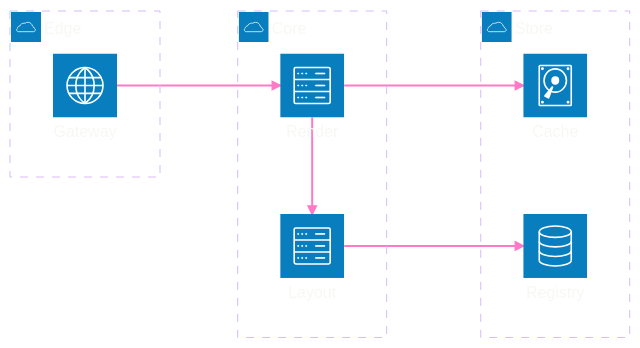
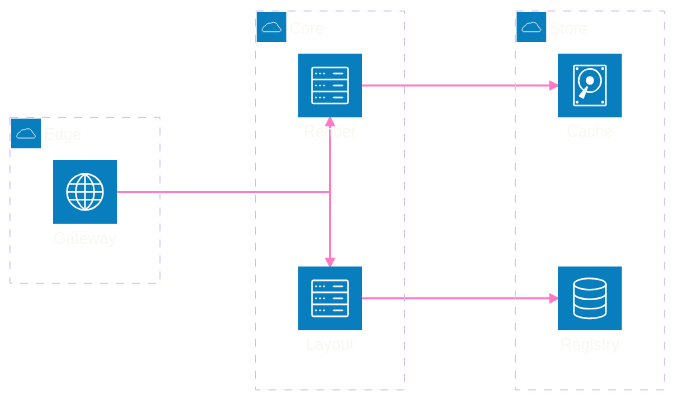
The diagram in .claude/skills/mermaid-diagramming/templates/topology.mmd.md (bsamiee/Rasm), drawn with Mermaid before and after one commit. The commit also changed other lines of this file and 26 other files, not shown here.

First line of the commit message:
skill: mermaid-diagramming full-estate rebuild — 26-attacker adversarial audit, 11.16 alignment, hardened gates

````diff
--- a/.claude/skills/mermaid-diagramming/templates/topology.mmd.md
+++ b/.claude/skills/mermaid-diagramming/templates/topology.mmd.md
@@ -5,42 +5,44 @@
 ```mermaid
 ---
 config:
   theme: base
   look: classic
   architecture:
     seed: 7
     iconSize: 64
   themeVariables:
     darkMode: true
     fontFamily: "SF Mono, Menlo, Cascadia Mono, Segoe UI Mono, Consolas, monospace"
     useGradient: false
     dropShadow: "none"
     textColor: "#F8F8F2"
-    lineColor: "#FF79C6"
     archEdgeColor: "#FF79C6"
     archEdgeArrowColor: "#FF79C6"
     archEdgeWidth: "2"
     archGroupBorderColor: "#D6BCFA"
     archGroupBorderWidth: "1"
   themeCSS: ".architecture-service svg rect{fill:#44475A!important}.architecture-groups svg rect{fill:#44475A!important}.architecture-groups text{fill:#D6BCFA;font-size:13.5px;font-weight:700;letter-spacing:.08em}.architecture-services text{font-size:13px;font-weight:500}.node-bkg{stroke-dasharray:5 4}"
 ---
 architecture-beta
   accTitle: Render service topology
-  accDescr: An edge gateway feeding a render and layout service pair backed by a content cache and an artifact registry, aligned into an orthogonal grid.
+  accDescr: An edge gateway fanning through a junction bus to a render and layout service pair backed by a content cache and an artifact registry, aligned into an orthogonal grid.
   group edge(cloud)[Edge]
   group core(cloud)[Core]
   group store(cloud)[Store]
   service gw(internet)[Gateway] in edge
   service render(server)[Render] in core
   service layout(server)[Layout] in core
   service cache(disk)[Cache] in store
   service registry(database)[Registry] in store
-  gw:R --> L:render
+  junction jfan in core
+  gw:R -- L:jfan
+  jfan:T --> B:render
+  jfan:B --> T:layout
   render:R --> L:cache
   layout:R --> L:registry
-  render:B --> T:layout
-  align column render layout
-  align row gw render cache
+  align row gw jfan
+  align column render jfan layout
+  align row render cache
   align row layout registry
   align column cache registry
 ```
````
